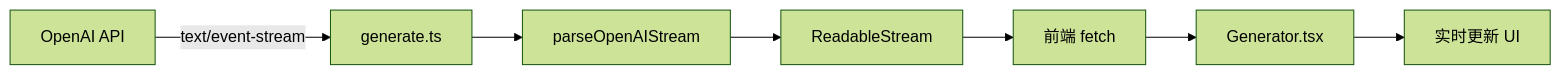
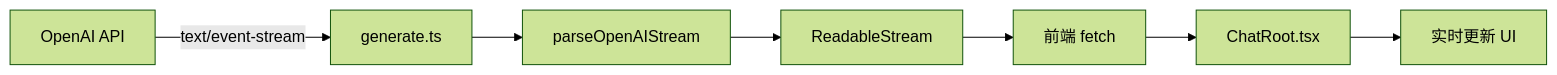
Before and after one commit to zfyime/chat-mini: the third of 3 diagrams in .qoder/repowiki/zh/content/部署指南/Netlify 部署.md, drawn with Mermaid (forest theme). The commit also changed other lines of this file and 52 other files, not shown here.

````diff
--- a/.qoder/repowiki/zh/content/部署指南/Netlify 部署.md
+++ b/.qoder/repowiki/zh/content/部署指南/Netlify 部署.md
@@ -271,9 +271,9 @@
 ```mermaid
 flowchart LR
 A[OpenAI API] -- text/event-stream --> B[generate.ts]
 B --> C[parseOpenAIStream]
 C --> D[ReadableStream]
 D --> E[前端 fetch]
-E --> F[Generator.tsx]
+E --> F[ChatRoot.tsx]
 F --> G[实时更新 UI]
 ```
````
